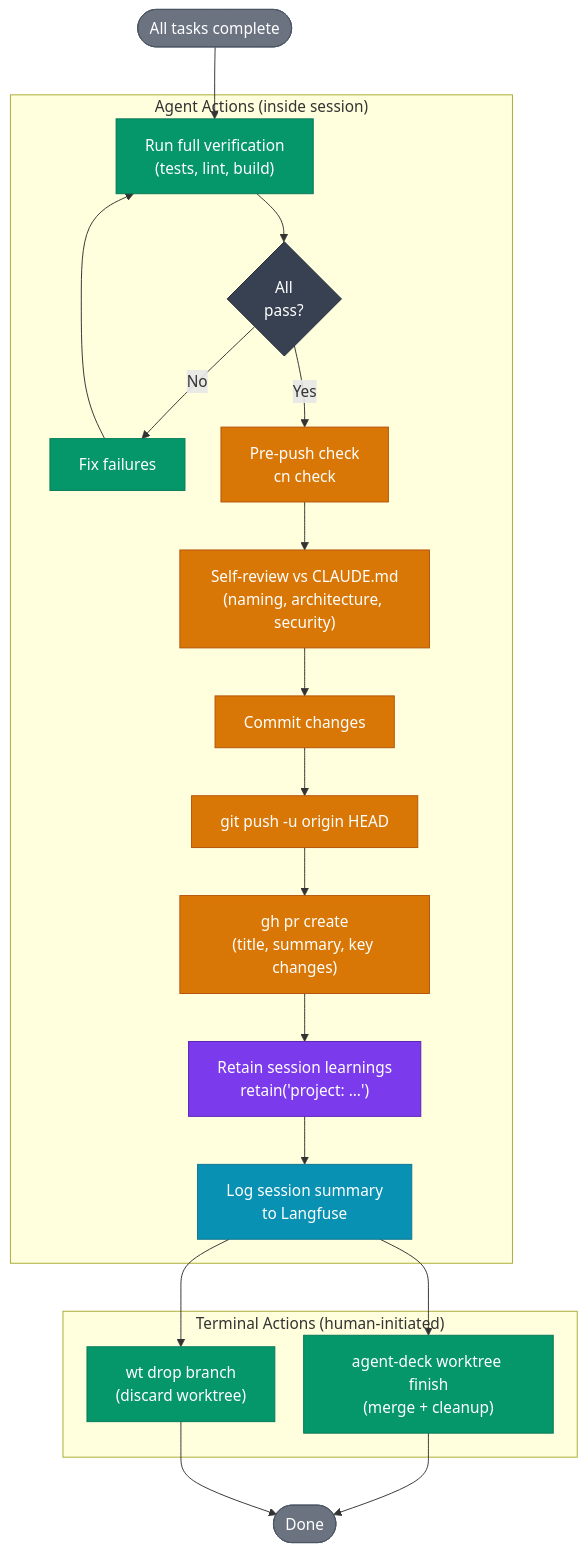
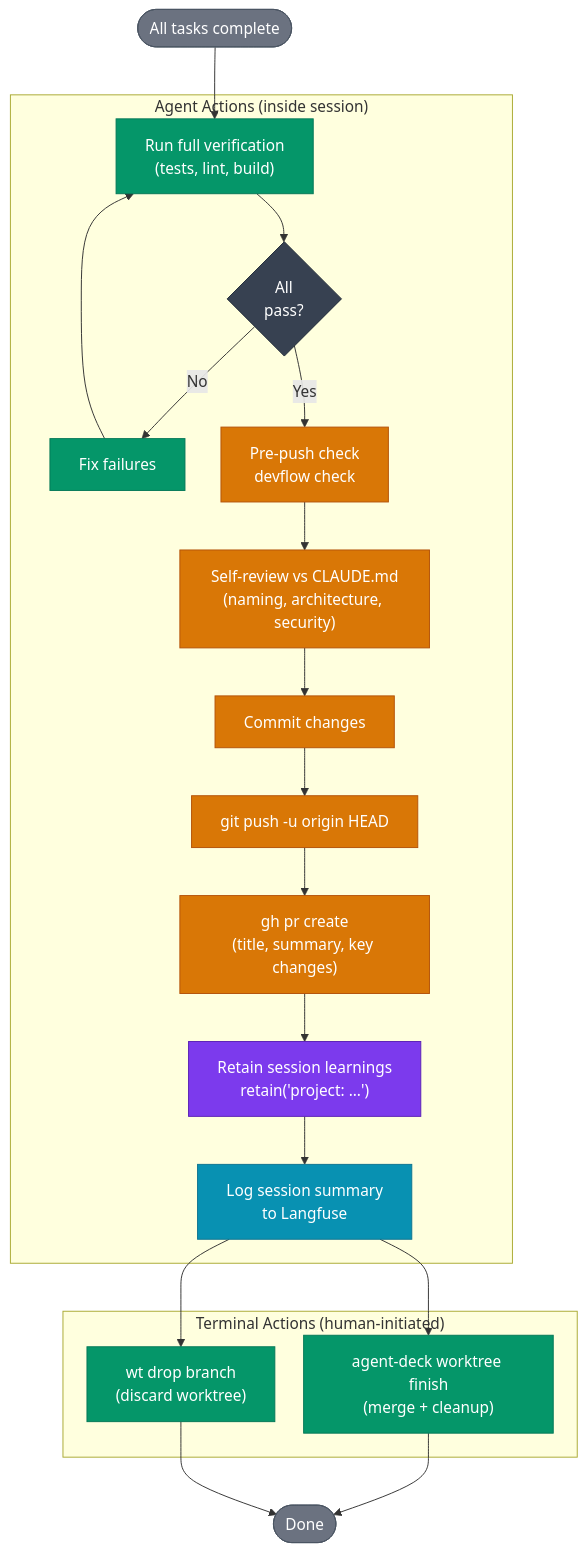
Before and after one commit to AndreJorgeLopes/devflow: the fifth of 5 diagrams in visualizations/workflows/development-workflow.md, drawn with Mermaid. The commit also changed other lines of this file, not shown here.

Commit message:
refactor(visualizations): update development-workflow — cn check to devflow check, continueStyle to reviewStyle

````diff
--- a/visualizations/workflows/development-workflow.md
+++ b/visualizations/workflows/development-workflow.md
@@ -229,57 +229,57 @@
 ```mermaid
 %%{init: {'flowchart': {'rankSpacing': 50, 'nodeSpacing': 30, 'diagramPadding': 15}}}%%
 graph TD
     F_START(["All tasks complete"])
 
     subgraph AgentActions [" Agent Actions (inside session) "]
         F_VERIFY["Run full verification<br/>(tests, lint, build)"]
         F_PASS{"All<br/>pass?"}
         F_FIX["Fix failures"]
-        F_CN["Pre-push check<br/>cn check"]
+        F_CN["Pre-push check<br/>devflow check"]
         F_SELF["Self-review vs CLAUDE.md<br/>(naming, architecture, security)"]
         F_COMMIT["Commit changes"]
         F_PUSH["git push -u origin HEAD"]
         F_GH["gh pr create<br/>(title, summary, key changes)"]
         F_RETAIN["Retain session learnings<br/>retain('project: ...')"]
         F_SUMMARY["Log session summary<br/>to Langfuse"]
     end
 
     subgraph TerminalActions [" Terminal Actions (human-initiated) "]
         F_FINISH["agent-deck worktree finish<br/>(merge + cleanup)"]
         F_DROP["wt drop branch<br/>(discard worktree)"]
     end
 
     F_DONE(["Done"])
 
     F_START --> F_VERIFY
     F_VERIFY --> F_PASS
     F_PASS -->|"No"| F_FIX
     F_FIX --> F_VERIFY
     F_PASS -->|"Yes"| F_CN
     F_CN --> F_SELF
     F_SELF --> F_COMMIT
     F_COMMIT --> F_PUSH
     F_PUSH --> F_GH
     F_GH --> F_RETAIN
     F_RETAIN --> F_SUMMARY
     F_SUMMARY --> F_FINISH
     F_FINISH --> F_DONE
     F_SUMMARY --> F_DROP
     F_DROP --> F_DONE
 
     classDef verifyStyle fill:#059669,color:#fff,stroke:#047857
-    classDef continueStyle fill:#d97706,color:#fff,stroke:#b45309
+    classDef reviewStyle fill:#d97706,color:#fff,stroke:#b45309
     classDef hindsightStyle fill:#7c3aed,color:#fff,stroke:#5b21b6
     classDef langfuseStyle fill:#0891b2,color:#fff,stroke:#0e7490
     classDef worktrunkStyle fill:#059669,color:#fff,stroke:#047857
     classDef decisionStyle fill:#374151,color:#fff,stroke:#1f2937
     classDef terminalStyle fill:#6b7280,color:#fff,stroke:#4b5563
 
     class F_VERIFY,F_PASS,F_FIX verifyStyle
-    class F_CN,F_SELF,F_PUSH,F_GH,F_COMMIT continueStyle
+    class F_CN,F_SELF,F_PUSH,F_GH,F_COMMIT reviewStyle
     class F_RETAIN hindsightStyle
     class F_SUMMARY langfuseStyle
     class F_FINISH,F_DROP worktrunkStyle
     class F_PASS decisionStyle
     class F_START,F_DONE terminalStyle
 ```
````
